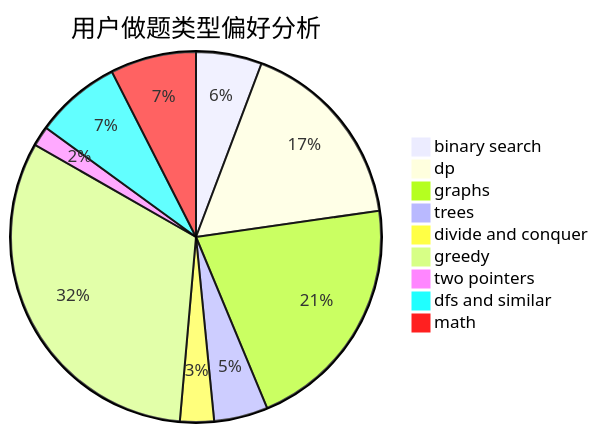
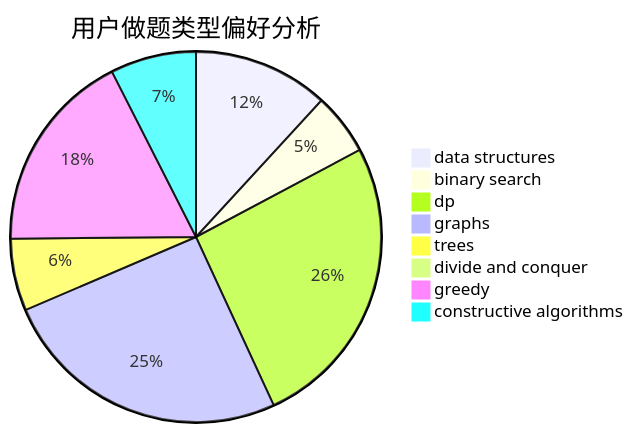
Before and after one commit to sherpahu/cfrs.github.io: the second of 3 diagrams in docs/user/u1853.md, drawn with Mermaid. The commit also changed other lines of this file and 2775 other files, not shown here.

````diff
--- a/docs/user/u1853.md
+++ b/docs/user/u1853.md
@@ -23,12 +23,11 @@
 ```mermaid
 pie title 用户做题类型偏好分析
-    "binary search" :  66
-    "dp" :  195
-    "graphs" :  241
-    "trees" :  54
-    "divide and conquer" :  34
-    "greedy" :  366
-    "two pointers" :  20
-    "dfs and similar" :  86
-    "math" :  86
+    "data structures" :  79
+    "binary search" :  36
+    "dp" :  173
+    "graphs" :  170
+    "trees" :  42
+    "divide and conquer" :  3
+    "greedy" :  118
+    "constructive algorithms" :  50
 ```
````
